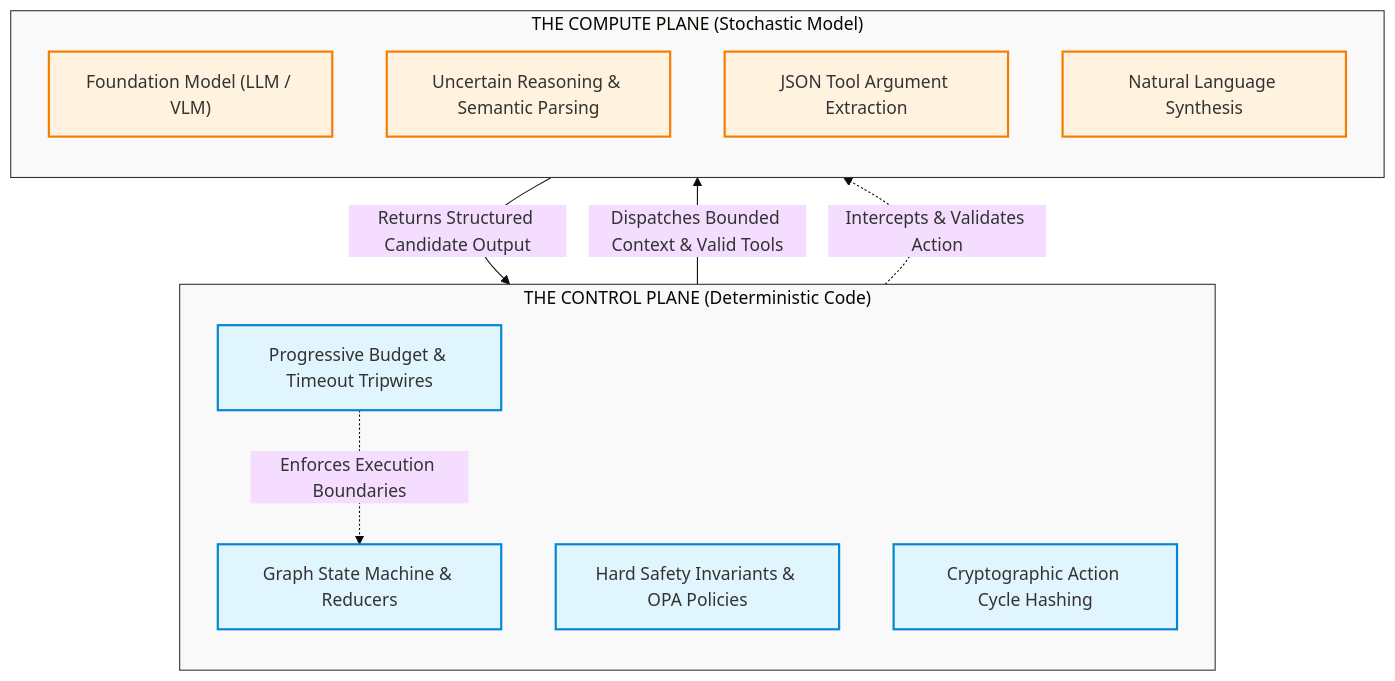
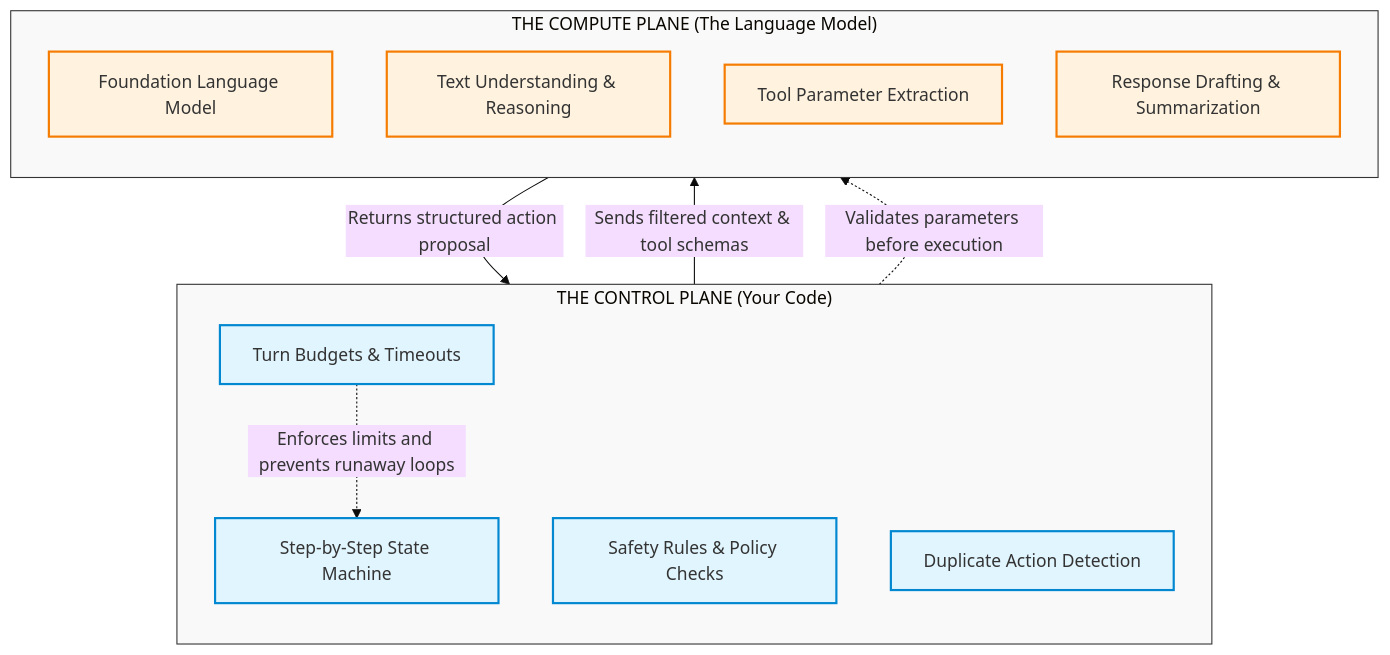
Before and after one commit to dip4k/senior-engineer-to-ai-engineer-roadmap: the first of 8 diagrams in 04-agentic-systems-and-orchestration/01-workflows-vs-agents-and-orchestration-patterns.md, drawn with Mermaid (base theme). The commit also changed other lines of this file and 11 other files, not shown here.

````diff
--- a/04-agentic-systems-and-orchestration/01-workflows-vs-agents-and-orchestration-patterns.md
+++ b/04-agentic-systems-and-orchestration/01-workflows-vs-agents-and-orchestration-patterns.md
@@ -23,29 +23,29 @@
 ```mermaid
 flowchart TD
     classDef plane fill:#f9f9f9,stroke:#333,stroke-width:1px;
     classDef control fill:#e1f5fe,stroke:#0288d1,stroke-width:2px;
     classDef compute fill:#fff3e0,stroke:#f57c00,stroke-width:2px;
 
-    subgraph ControlPlane["THE CONTROL PLANE (Deterministic Code)"]
+    subgraph ControlPlane["THE CONTROL PLANE (Your Code)"]
         direction TB
-        CP1["Graph State Machine & Reducers"]:::control
-        CP2["Hard Safety Invariants & OPA Policies"]:::control
-        CP3["Progressive Budget & Timeout Tripwires"]:::control
-        CP4["Cryptographic Action Cycle Hashing"]:::control
+        CP1["Step-by-Step State Machine"]:::control
+        CP2["Safety Rules & Policy Checks"]:::control
+        CP3["Turn Budgets & Timeouts"]:::control
+        CP4["Duplicate Action Detection"]:::control
     end
 
-    subgraph ComputePlane["THE COMPUTE PLANE (Stochastic Model)"]
+    subgraph ComputePlane["THE COMPUTE PLANE (The Language Model)"]
         direction TB
-        CMP1["Foundation Model (LLM / VLM)"]:::compute
-        CMP2["Uncertain Reasoning & Semantic Parsing"]:::compute
-        CMP3["JSON Tool Argument Extraction"]:::compute
-        CMP4["Natural Language Synthesis"]:::compute
+        CMP1["Foundation Language Model"]:::compute
+        CMP2["Text Understanding & Reasoning"]:::compute
+        CMP3["Tool Parameter Extraction"]:::compute
+        CMP4["Response Drafting & Summarization"]:::compute
     end
 
-    CP1 -->|"Dispatches Bounded Context & Valid Tools"| CMP1
-    CMP1 -->|"Returns Structured Candidate Output"| CP1
-    CP2 -.->|"Intercepts & Validates Action"| CMP3
-    CP3 -.->|"Enforces Execution Boundaries"| CP1
+    CP1 -->|"Sends filtered context & tool schemas"| CMP1
+    CMP1 -->|"Returns structured action proposal"| CP1
+    CP2 -.->|"Validates parameters before execution"| CMP3
+    CP3 -.->|"Enforces limits and prevents runaway loops"| CP1
 
     class ControlPlane,ComputePlane plane;
 ```
````
